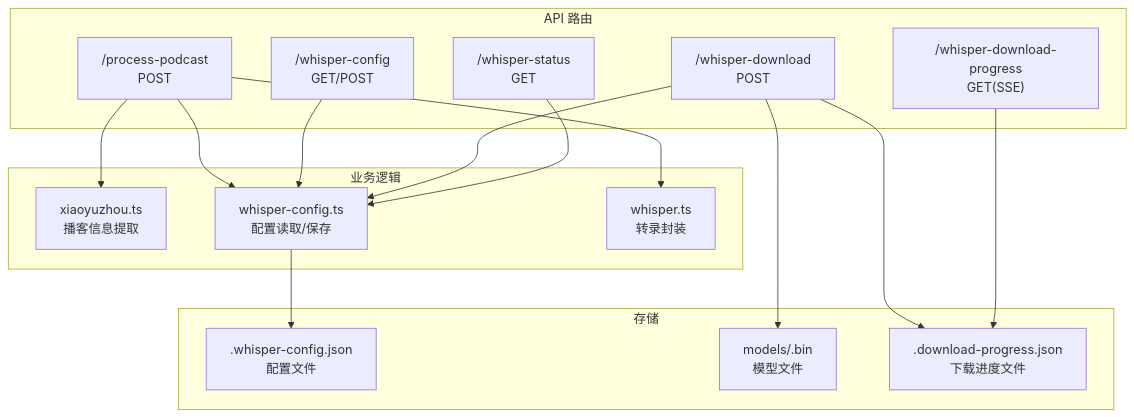
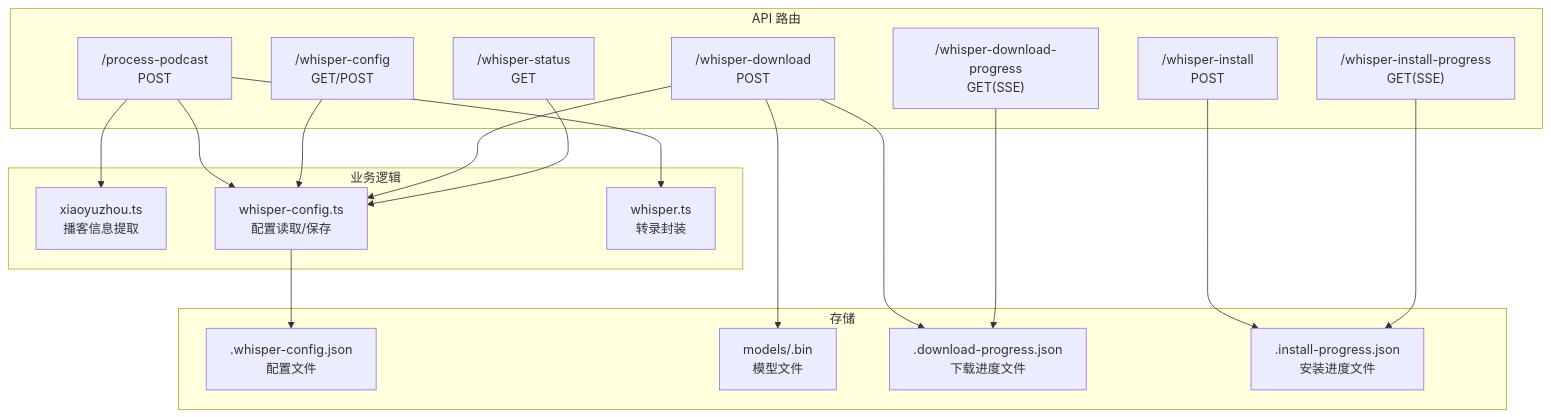
Before and after one commit to clawbotai/memo-flow: the first of 8 diagrams in .qoder/repowiki/zh/content/API 接口文档/API 接口文档.md, drawn with Mermaid. The commit also changed other lines of this file and 14 other files, not shown here.

````diff
--- a/.qoder/repowiki/zh/content/API 接口文档/API 接口文档.md
+++ b/.qoder/repowiki/zh/content/API 接口文档/API 接口文档.md
@@ -42,30 +48,35 @@
 ```mermaid
 graph TB
 subgraph "API 路由"
 PP["/process-podcast<br/>POST"]
 WC["/whisper-config<br/>GET/POST"]
 WD["/whisper-download<br/>POST"]
 WDP["/whisper-download-progress<br/>GET(SSE)"]
+WI["/whisper-install<br/>POST"]
+WIP["/whisper-install-progress<br/>GET(SSE)"]
 WS["/whisper-status<br/>GET"]
 end
 subgraph "业务逻辑"
 XZ["xiaoyuzhou.ts<br/>播客信息提取"]
 WCONF["whisper-config.ts<br/>配置读取/保存"]
 WTTS["whisper.ts<br/>转录封装"]
 end
 subgraph "存储"
 CFG[".whisper-config.json<br/>配置文件"]
 MODELS["models/<model>.bin<br/>模型文件"]
 PROG[".download-progress.json<br/>下载进度文件"]
+INSTALL[".install-progress.json<br/>安装进度文件"]
 end
 PP --> XZ
 PP --> WCONF
 PP --> WTTS
 WC --> WCONF
 WD --> WCONF
 WD --> PROG
 WDP --> PROG
+WI --> INSTALL
+WIP --> INSTALL
 WS --> WCONF
 WCONF --> CFG
 WD --> MODELS
 ```
````
